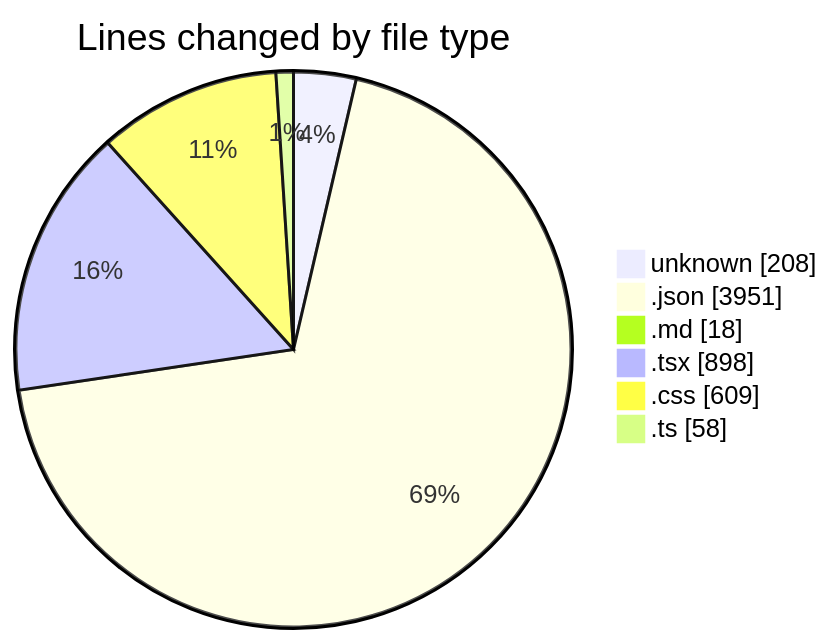
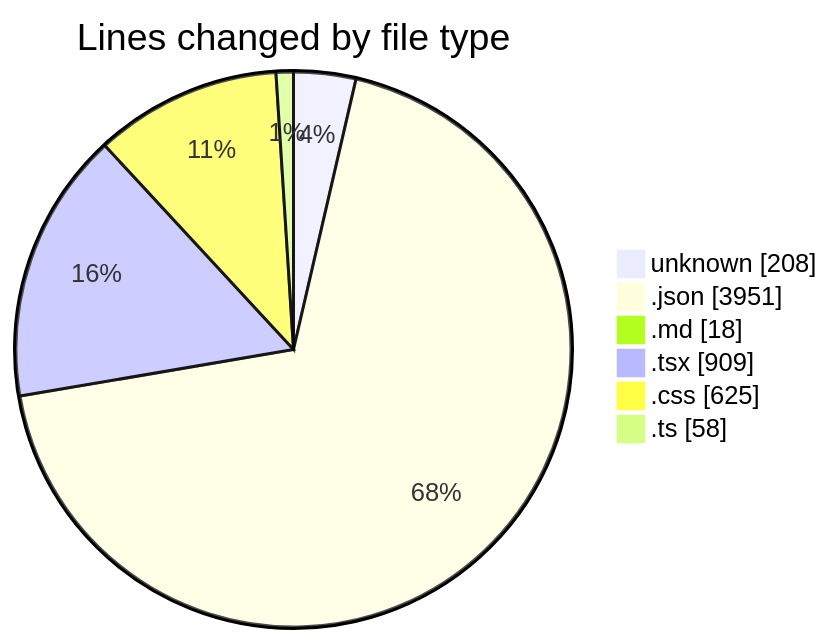
The first of 2 diagrams in 2025-08-07/ribbon/README.md (EIIisD/code-tracking), drawn with Mermaid before and after one commit. The commit also changed other lines of this file and 1 other file, not shown here.

````diff
--- a/2025-08-07/ribbon/README.md
+++ b/2025-08-07/ribbon/README.md
@@ -35,10 +35,10 @@
 ```mermaid
 pie showData
 title Lines changed by file type
 "unknown" : 208
 ".json" : 3951
 ".md" : 18
-".tsx" : 898
-".css" : 609
+".tsx" : 909
+".css" : 625
 ".ts" : 58
 ```
````
